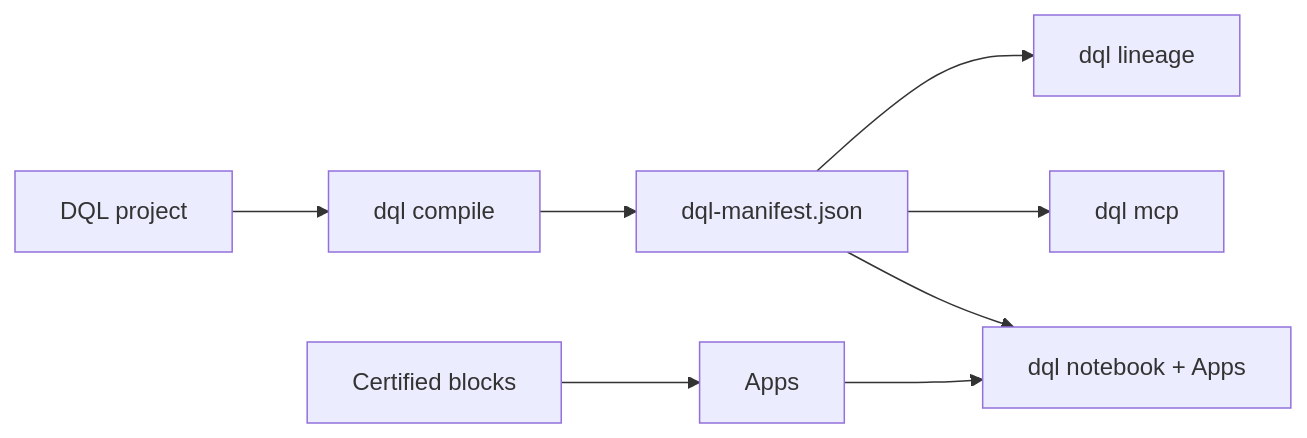
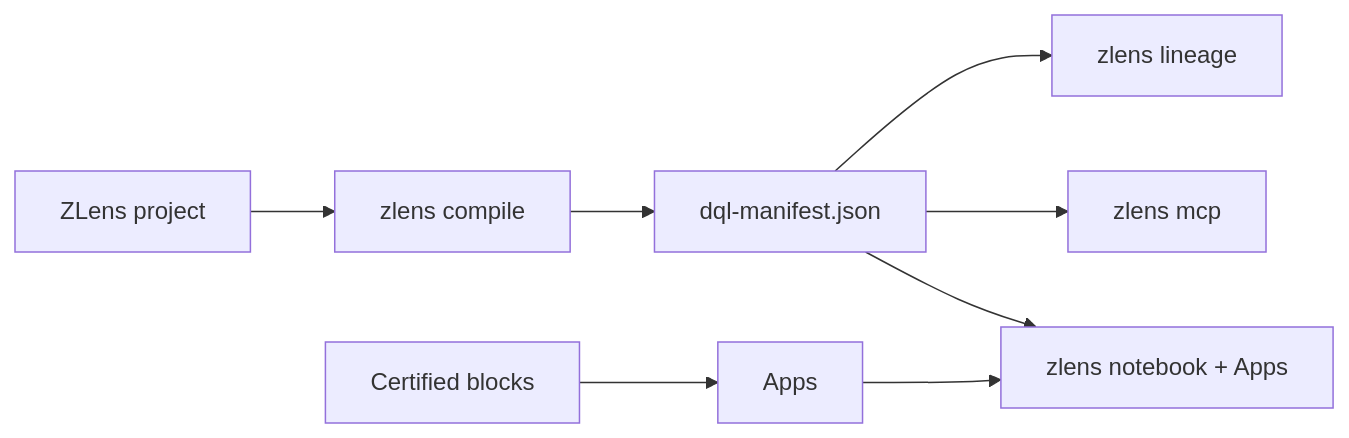
Before and after one commit to duckcode-ai-labs/dql: the diagram in docs/index.md, drawn with Mermaid. The commit also changed other lines of this file and 80 other files, not shown here.

First line of the commit message:
docs!: the product is ZLens; DQL is its query language (#85)

````diff
--- a/docs/index.md
+++ b/docs/index.md
@@ -89,10 +89,10 @@
 ```mermaid
 flowchart LR
-    Project["DQL project"] --> Compiler["dql compile"]
+    Project["ZLens project"] --> Compiler["zlens compile"]
     Compiler --> Manifest["dql-manifest.json"]
-    Manifest --> Lineage["dql lineage"]
-    Manifest --> MCP["dql mcp"]
-    Manifest --> Notebook["dql notebook + Apps"]
+    Manifest --> Lineage["zlens lineage"]
+    Manifest --> MCP["zlens mcp"]
+    Manifest --> Notebook["zlens notebook + Apps"]
     Blocks["Certified blocks"] --> Apps["Apps"]
     Apps --> Notebook
 ```
````
